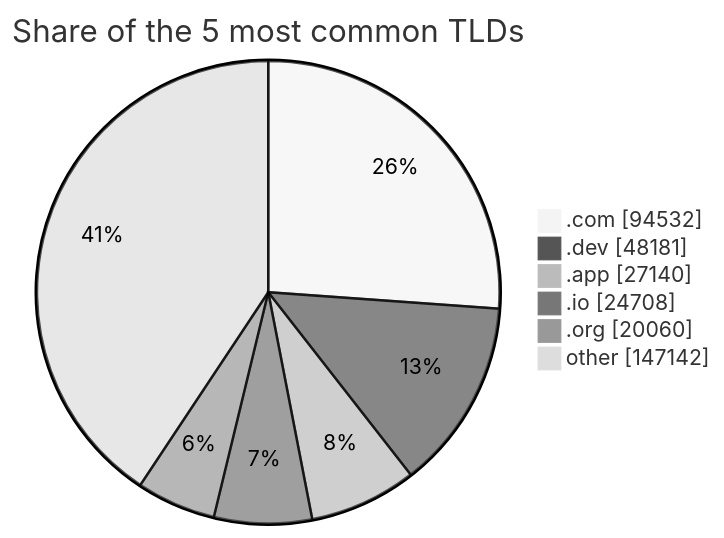
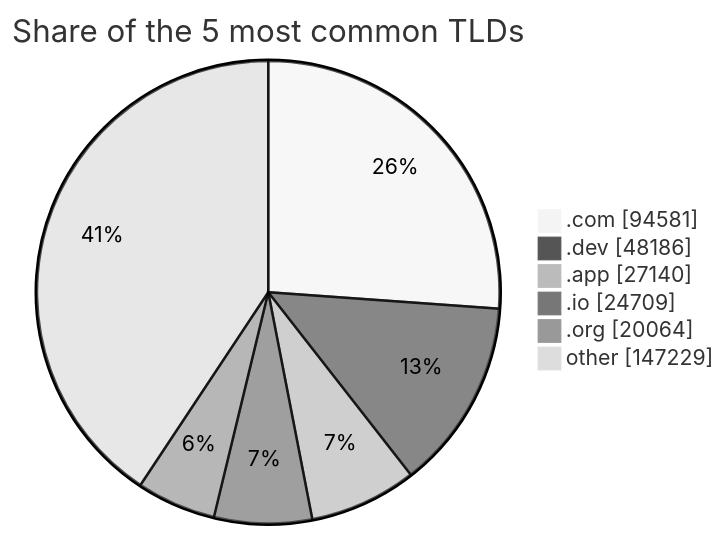
Before and after one commit to DNSBunker/CTI: the third of 3 diagrams in README.md, drawn with Mermaid (neutral theme). The commit also changed other lines of this file and 3 other files, not shown here.

````diff
--- a/README.md
+++ b/README.md
@@ -81,9 +81,9 @@
 ```mermaid
 pie showData title Share of the 5 most common TLDs
-    ".com" : 94532
-    ".dev" : 48181
+    ".com" : 94581
+    ".dev" : 48186
     ".app" : 27140
-    ".io" : 24708
-    ".org" : 20060
-    "other" : 147142
+    ".io" : 24709
+    ".org" : 20064
+    "other" : 147229
 ```
````
